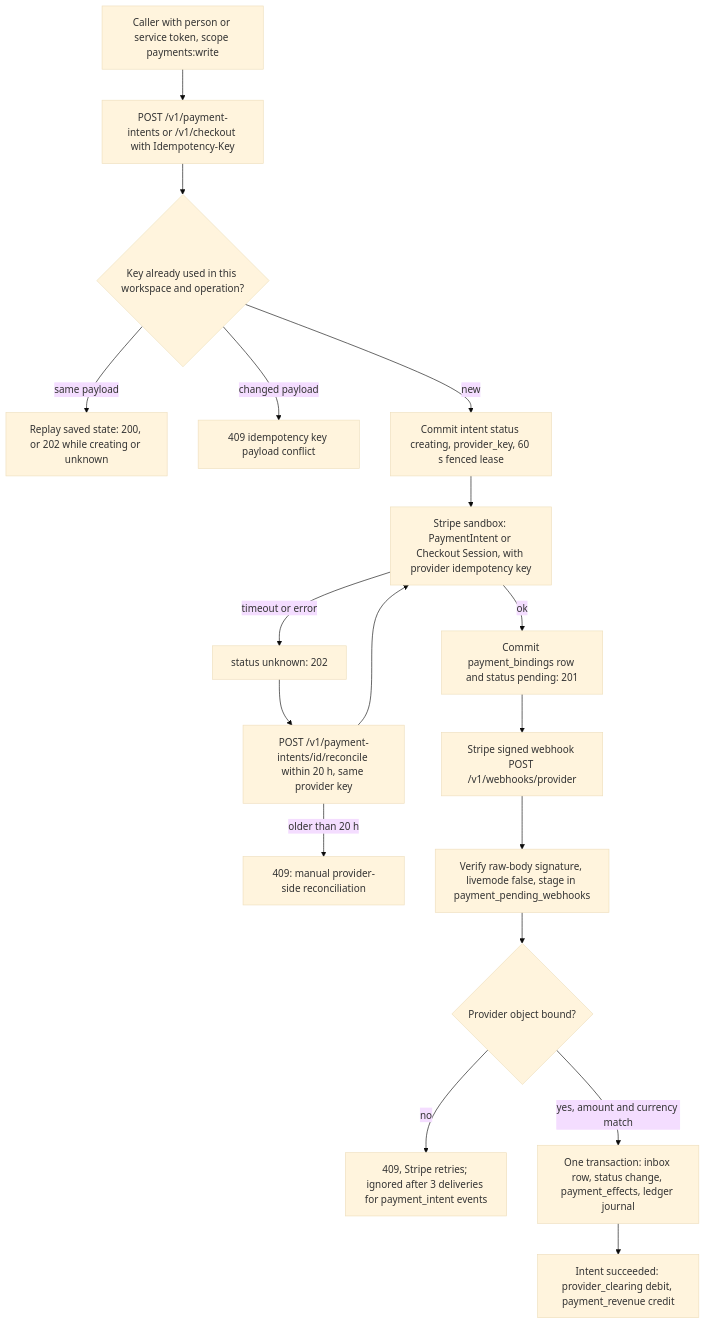
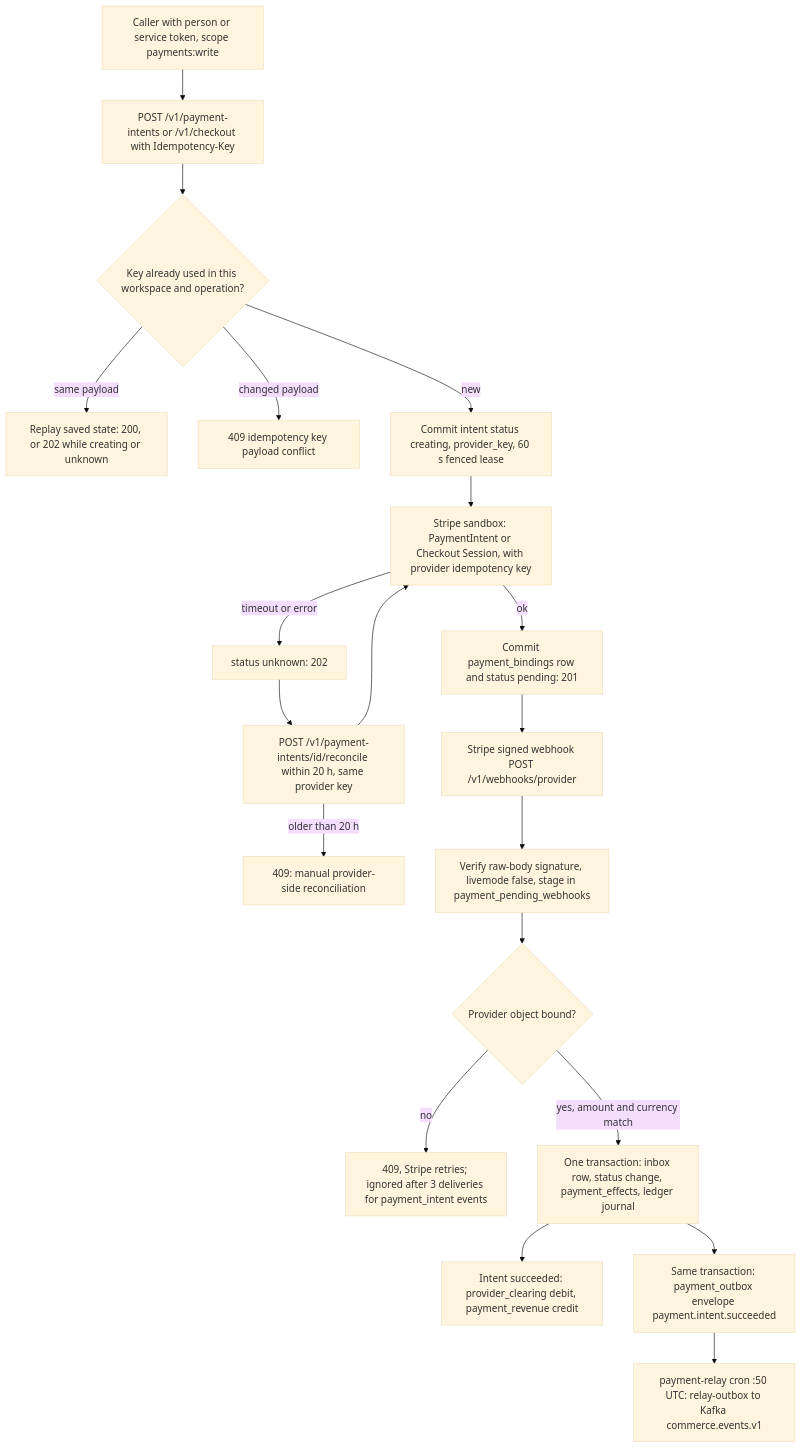
The first of 3 diagrams in docs/diagrams/01-business-process.md (bookchaowalit-backend/platform-payment), drawn with Mermaid (base theme) before and after one commit. The commit also changed other lines of this file, not shown here.

````diff
--- a/docs/diagrams/01-business-process.md
+++ b/docs/diagrams/01-business-process.md
@@ -9,20 +11,22 @@
 ```mermaid
 flowchart TD
   A["Caller with person or service token, scope payments:write"] --> B["POST /v1/payment-intents or /v1/checkout with Idempotency-Key"]
   B --> C{"Key already used in this workspace and operation?"}
   C -->|"same payload"| R1["Replay saved state: 200, or 202 while creating or unknown"]
   C -->|"changed payload"| R2["409 idempotency key payload conflict"]
   C -->|"new"| D["Commit intent status creating, provider_key, 60 s fenced lease"]
   D --> E["Stripe sandbox: PaymentIntent or Checkout Session, with provider idempotency key"]
   E -->|"ok"| F["Commit payment_bindings row and status pending: 201"]
   E -->|"timeout or error"| G["status unknown: 202"]
   G --> H["POST /v1/payment-intents/id/reconcile within 20 h, same provider key"]
   H --> E
   H -->|"older than 20 h"| M["409: manual provider-side reconciliation"]
   F --> W["Stripe signed webhook POST /v1/webhooks/provider"]
   W --> X["Verify raw-body signature, livemode false, stage in payment_pending_webhooks"]
   X --> Y{"Provider object bound?"}
   Y -->|"no"| Z["409, Stripe retries; ignored after 3 deliveries for payment_intent events"]
   Y -->|"yes, amount and currency match"| S["One transaction: inbox row, status change, payment_effects, ledger journal"]
   S --> T["Intent succeeded: provider_clearing debit, payment_revenue credit"]
+  S --> OB["Same transaction: payment_outbox envelope payment.intent.succeeded"]
+  OB --> RL["payment-relay cron :50 UTC: relay-outbox to Kafka commerce.events.v1"]
 ```
````
